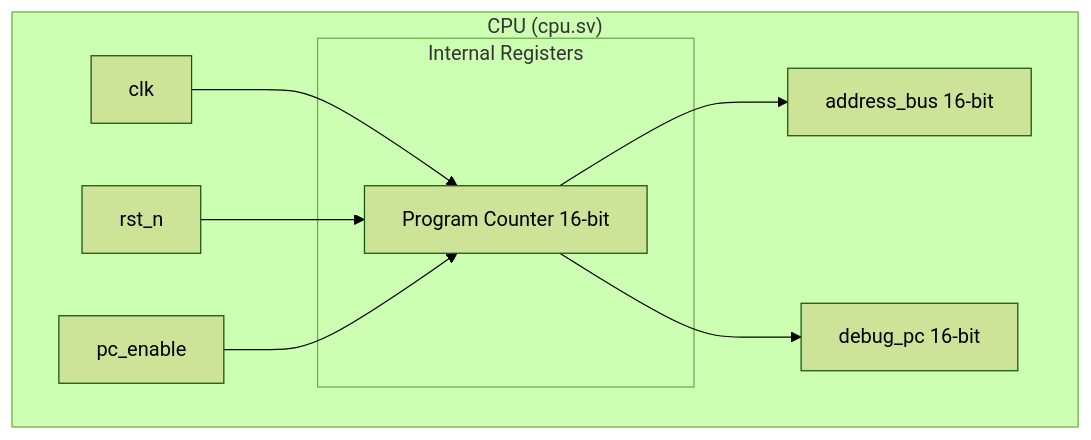
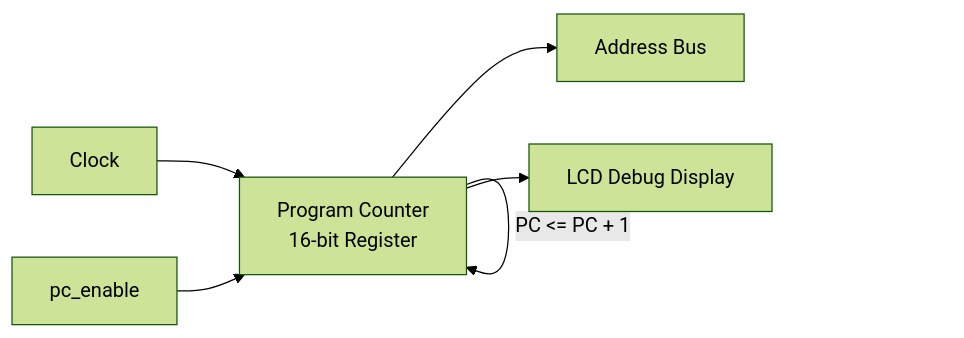
Before and after one commit to sokoide/tangnano_6502_cpu: the diagram in day05/README.md, drawn with Mermaid (forest theme). The commit also changed other lines of this file and 12 other files, not shown here.

````diff
--- a/day05/README.md
+++ b/day05/README.md
@@ -34,15 +42,8 @@
 ```mermaid
-graph TD
-    subgraph "CPU (cpu.sv)"
-        subgraph "Internal Registers"
-            PC[Program Counter 16-bit]
-        end
-        
-        CLK[clk] --> PC
-        RST[rst_n] --> PC
-        EN[pc_enable] --> PC
-        
-        PC --> AB[address_bus 16-bit]
-        PC --> DPC[debug_pc 16-bit]
-    end
+graph LR
+    CLK[Clock] --> PC[Program Counter<br/>16-bit Register]
+    PC_EN[pc_enable] --> PC
+    PC -->|"PC <= PC + 1"| PC
+    PC --> ADDR[Address Bus]
+    PC --> DISP[LCD Debug Display]
 ```
````
